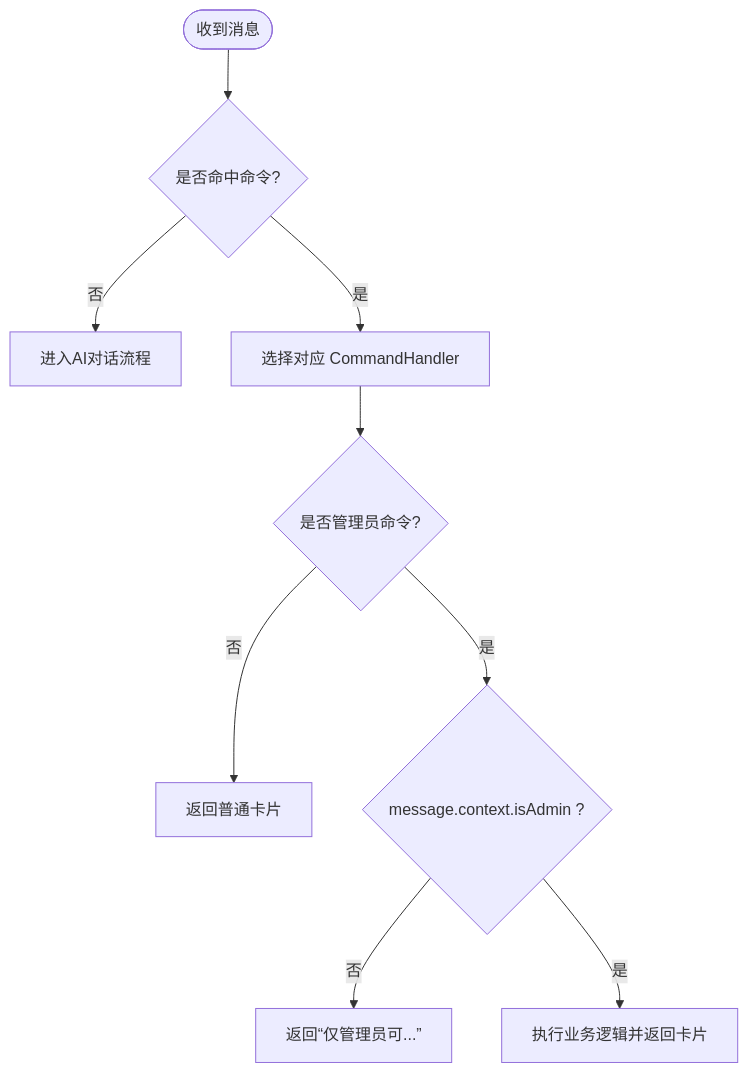
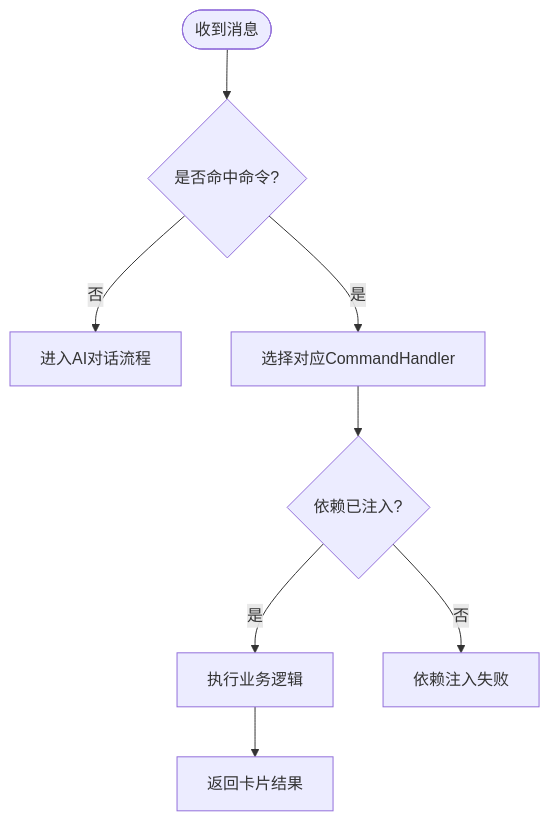
Before and after one commit to HeXiaoShu520/feishu-pi: the fifth of 8 diagrams in .qoder/repowiki/zh/content/权限控制系统/命令权限控制.md, drawn with Mermaid. The commit also changed other lines of this file and 47 other files, not shown here.

````diff
--- a/.qoder/repowiki/zh/content/权限控制系统/命令权限控制.md
+++ b/.qoder/repowiki/zh/content/权限控制系统/命令权限控制.md
@@ -152,11 +242,10 @@
 ```mermaid
 flowchart TD
 Start(["收到消息"]) --> Match{"是否命中命令?"}
 Match -- 否 --> Normal["进入AI对话流程"]
-Match -- 是 --> Handler["选择对应 CommandHandler"]
-Handler --> AdminCheck{"是否管理员命令?"}
-AdminCheck -- 否 --> Reply["返回普通卡片"]
-AdminCheck -- 是 --> IsAdmin{"message.context.isAdmin ?"}
-IsAdmin -- 否 --> Deny["返回“仅管理员可...”"]
-IsAdmin -- 是 --> Exec["执行业务逻辑并返回卡片"]
+Match -- 是 --> Handler["选择对应CommandHandler"]
+Handler --> Injected{"依赖已注入?"}
+Injected -- 是 --> Exec["执行业务逻辑"]
+Exec --> Result["返回卡片结果"]
+Injected -- 否 --> Error["依赖注入失败"]
 ```
````
